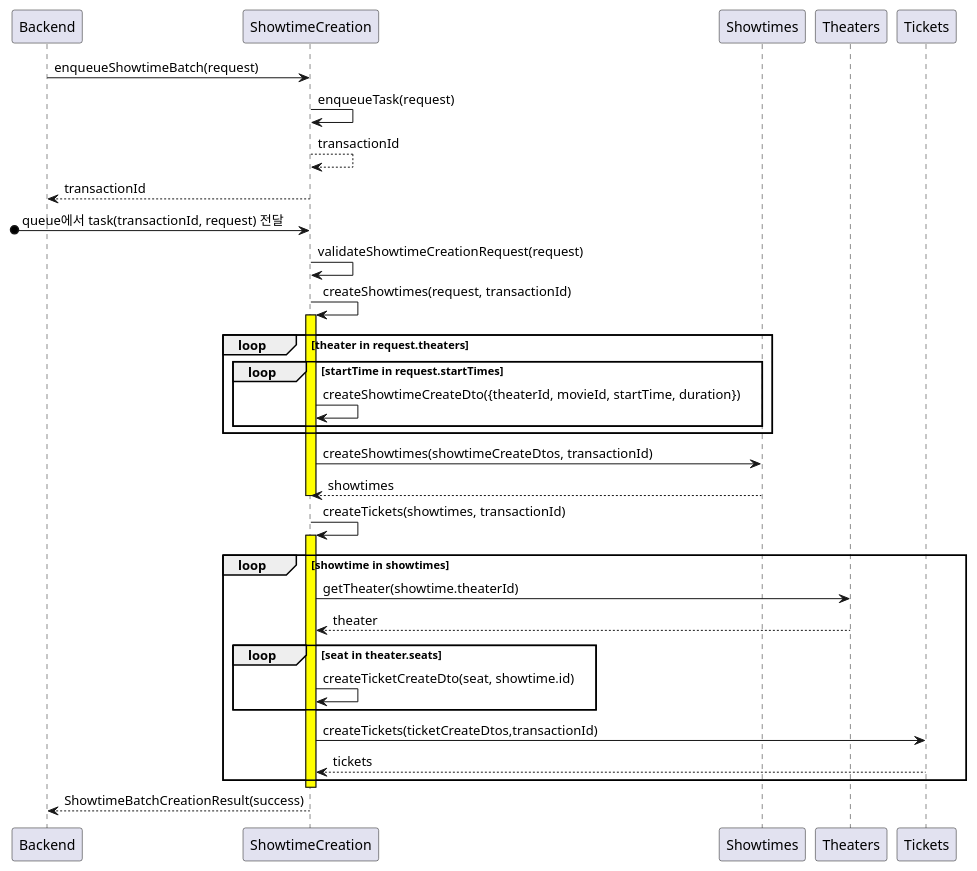
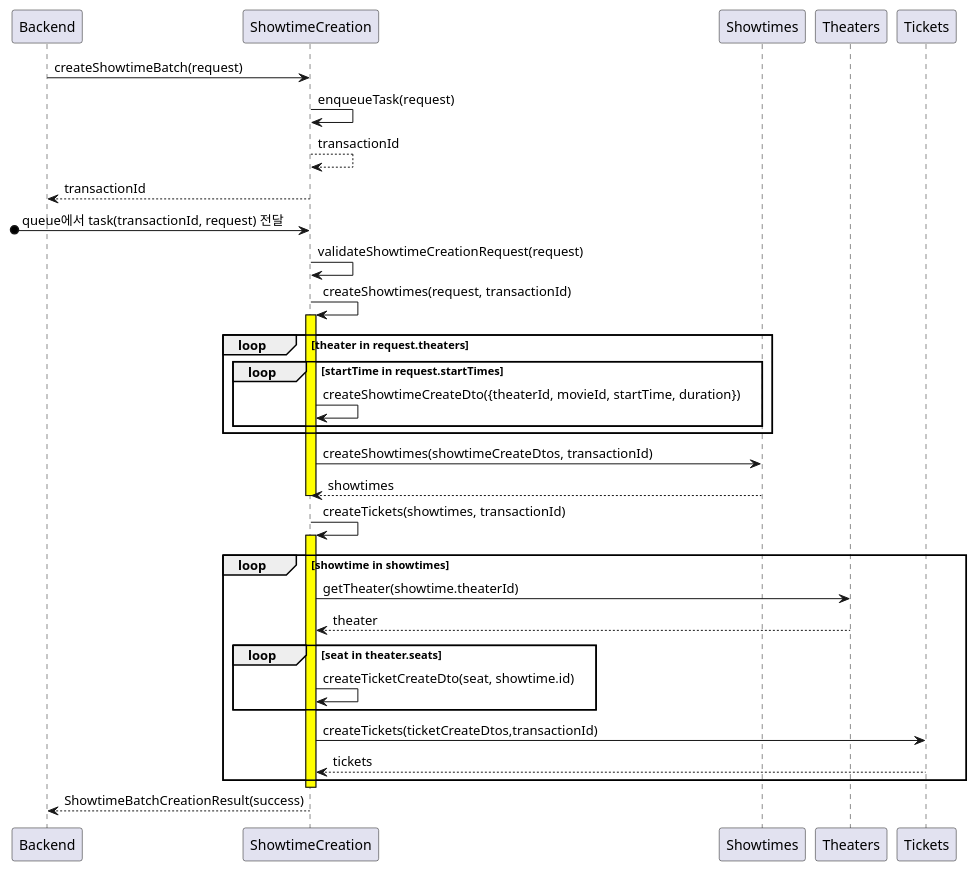
The second of 2 diagrams in docs/ko/designs/showtime-creation.md (songminkyu/nest-msa), drawn with PlantUML before and after one commit. The commit also changed 5 other files, not shown here.

Commit message:
rename createShowtimeBatch

````diff
--- a/docs/ko/designs/showtime-creation.md
+++ b/docs/ko/designs/showtime-creation.md
@@ -93,37 +93,37 @@
 ```plantuml
 @startuml
-Backend -> ShowtimeCreation: enqueueShowtimeBatch(request)
+Backend -> ShowtimeCreation: createShowtimeBatch(request)
         ShowtimeCreation -> ShowtimeCreation: enqueueTask(request)
         ShowtimeCreation --> ShowtimeCreation: transactionId
 Backend <-- ShowtimeCreation: transactionId
 
 [o-> ShowtimeCreation: queue에서 task(transactionId, request) 전달
     ShowtimeCreation -> ShowtimeCreation: validateShowtimeCreationRequest(request)
 
     ShowtimeCreation -> ShowtimeCreation: createShowtimes(request, transactionId)
     activate ShowtimeCreation #yellow
         loop theater in request.theaters
             loop startTime in request.startTimes
                 ShowtimeCreation -> ShowtimeCreation: createShowtimeCreateDto({theaterId, movieId, startTime, duration})
             end
         end
 
         ShowtimeCreation -> Showtimes: createShowtimes(showtimeCreateDtos, transactionId)
         ShowtimeCreation <-- Showtimes: showtimes
     deactivate ShowtimeCreation
 
     ShowtimeCreation -> ShowtimeCreation: createTickets(showtimes, transactionId)
     activate ShowtimeCreation #yellow
         loop showtime in showtimes
             ShowtimeCreation -> Theaters: getTheater(showtime.theaterId)
             ShowtimeCreation <-- Theaters: theater
             loop seat in theater.seats
                 ShowtimeCreation -> ShowtimeCreation: createTicketCreateDto(seat, showtime.id)
             end
             ShowtimeCreation -> Tickets: createTickets(ticketCreateDtos,transactionId)
             ShowtimeCreation <-- Tickets: tickets
         end
     deactivate ShowtimeCreation
 Backend <-- ShowtimeCreation: ShowtimeBatchCreationResult(success)
 @enduml
 ```
````
